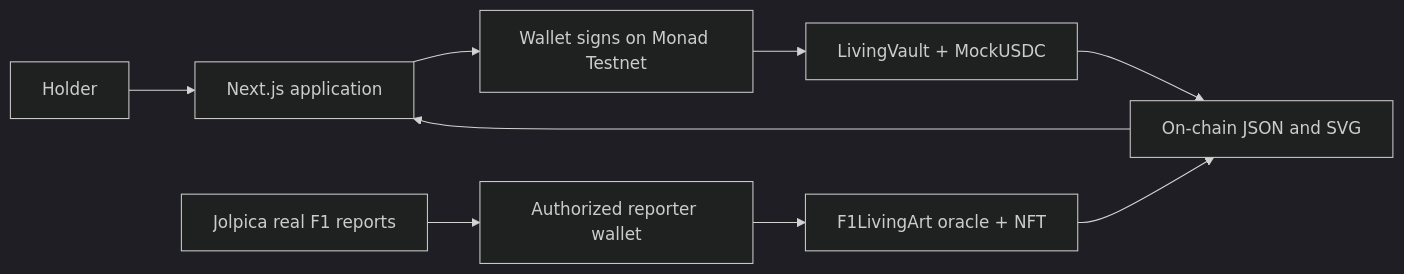
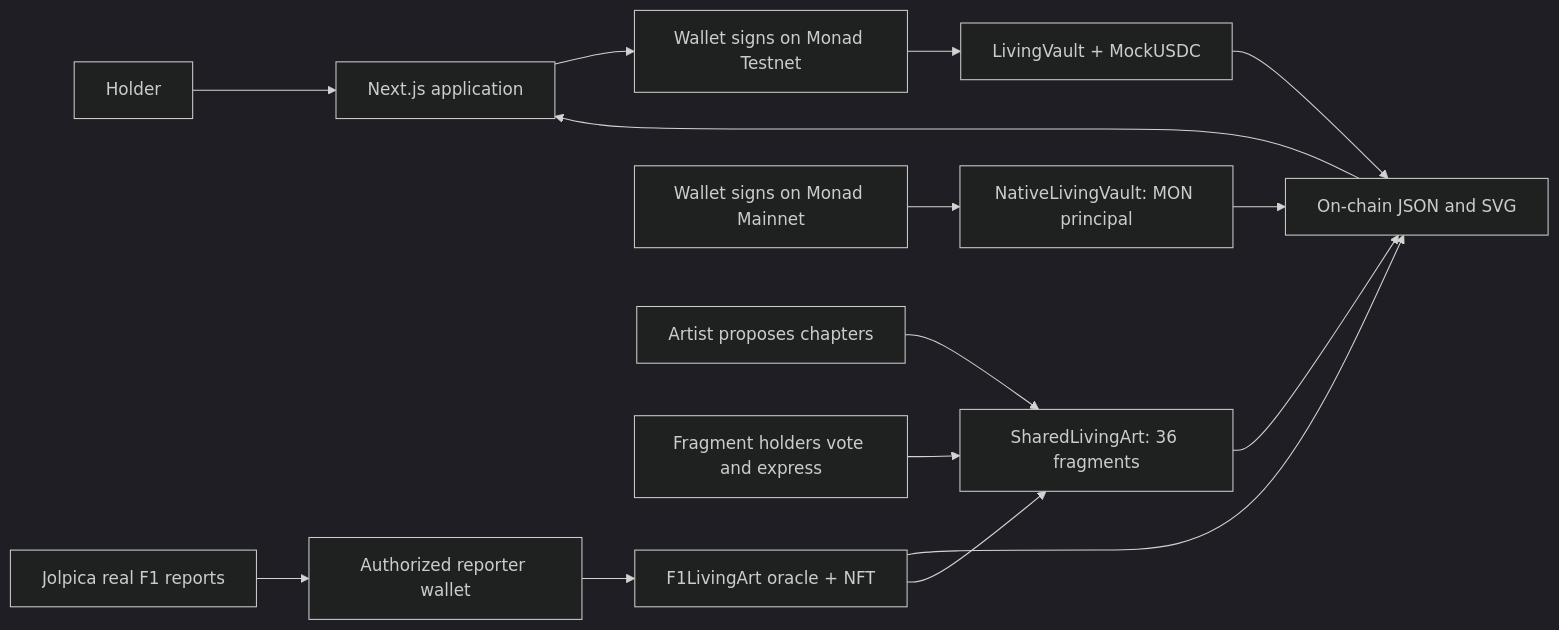
Before and after one commit to neelpote/living-vault: the diagram in README.md, drawn with Mermaid (dark theme). The commit also changed other lines of this file and 9 other files, not shown here.

````diff
--- a/README.md
+++ b/README.md
@@ -114,11 +158,17 @@
 ```mermaid
 flowchart LR
     Holder[Holder] --> UI[Next.js application]
     UI --> Wallet[Wallet signs on Monad Testnet]
     Wallet --> Vault[LivingVault + MockUSDC]
     Source[Jolpica real F1 reports] --> Reporter[Authorized reporter wallet]
     Reporter --> F1[F1LivingArt oracle + NFT]
     Vault --> SVG[On-chain JSON and SVG]
     F1 --> SVG
+    MainnetWallet[Wallet signs on Monad Mainnet] --> MON[NativeLivingVault: MON principal]
+    MON --> SVG
+    Artist[Artist proposes chapters] --> Shared[SharedLivingArt: 36 fragments]
+    Holders[Fragment holders vote and express] --> Shared
+    F1 --> Shared
+    Shared --> SVG
     SVG --> UI
 ```
````
